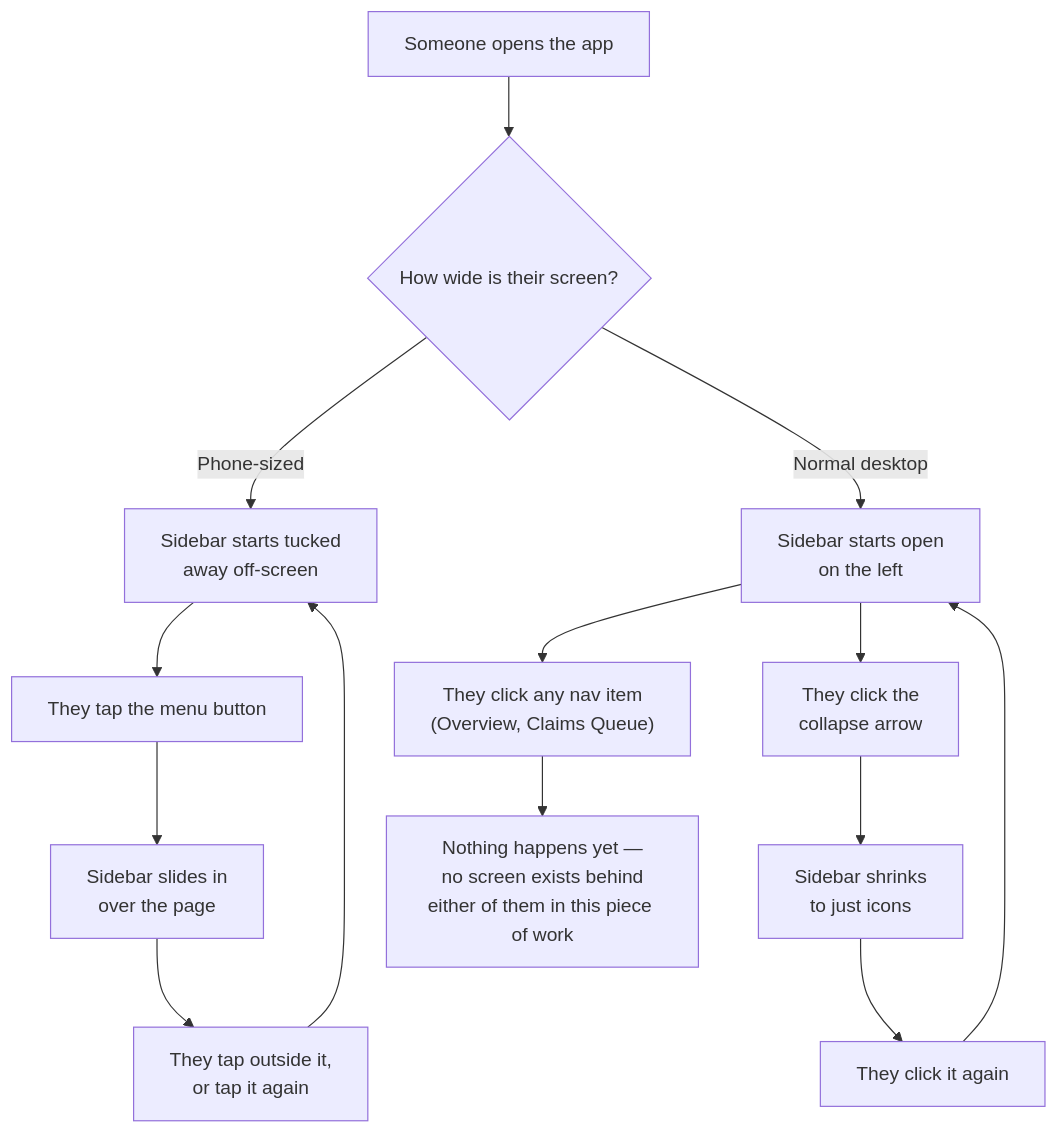
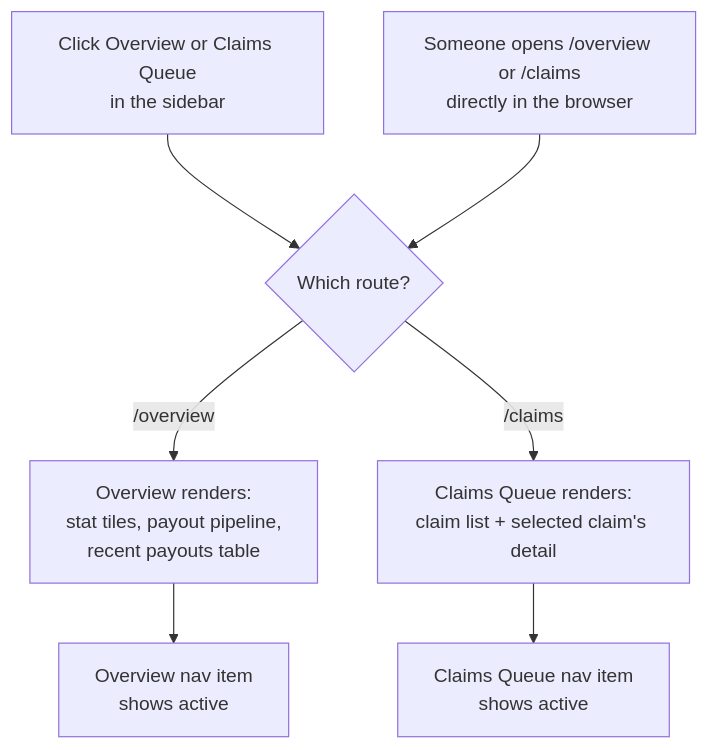
One commit to jianruan-io/agent-insure changed the first of 2 diagrams in specs/agent-insure/2-fidelis-portal-investigate-pay-claims/TECH-623-scaffold-fidelis-portal-app-shell/spec.md. Above: the diagram before and after it, drawn with Mermaid. The commit also changed other lines of this file and 1 other file, not shown here.

First line of the commit message:
docs: expand spec for Fidelis Overview and Claims Queue screens

````diff
--- a/specs/agent-insure/2-fidelis-portal-investigate-pay-claims/TECH-623-scaffold-fidelis-portal-app-shell/spec.md
+++ b/specs/agent-insure/2-fidelis-portal-investigate-pay-claims/TECH-623-scaffold-fidelis-portal-app-shell/spec.md
@@ -21,19 +21,11 @@
 ```mermaid
 flowchart TD
-    LOAD["Someone opens the app"] --> SCREENSIZE{"How wide is their screen?"}
-    SCREENSIZE -->|"Phone-sized"| HIDDEN["Sidebar starts tucked<br/>away off-screen"]
-    SCREENSIZE -->|"Normal desktop"| SHOWN["Sidebar starts open<br/>on the left"]
+    NAV["Click Overview or Claims Queue<br/>in the sidebar"] --> ROUTE{"Which route?"}
+    DIRECTURL["Someone opens /overview or /claims<br/>directly in the browser"] --> ROUTE
 
-    HIDDEN --> MENUTAP["They tap the menu button"]
-    MENUTAP --> SLIDEIN["Sidebar slides in<br/>over the page"]
-    SLIDEIN --> TAPOUT["They tap outside it,<br/>or tap it again"]
-    TAPOUT --> HIDDEN
+    ROUTE -->|"/overview"| OV["Overview renders:<br/>stat tiles, payout pipeline,<br/>recent payouts table"]
+    ROUTE -->|"/claims"| CQ["Claims Queue renders:<br/>claim list + selected claim's detail"]
 
-    SHOWN --> COLLAPSE["They click the<br/>collapse arrow"]
-    COLLAPSE --> ICONSONLY["Sidebar shrinks<br/>to just icons"]
-    ICONSONLY --> EXPAND["They click it again"]
-    EXPAND --> SHOWN
-
-    SHOWN --> CLICKANY["They click any nav item<br/>(Overview, Claims Queue)"]
-    CLICKANY --> INERT["Nothing happens yet —<br/>no screen exists behind<br/>either of them in this piece of work"]
+    OV --> ACTIVE1["Overview nav item<br/>shows active"]
+    CQ --> ACTIVE2["Claims Queue nav item<br/>shows active"]
 ```
````
